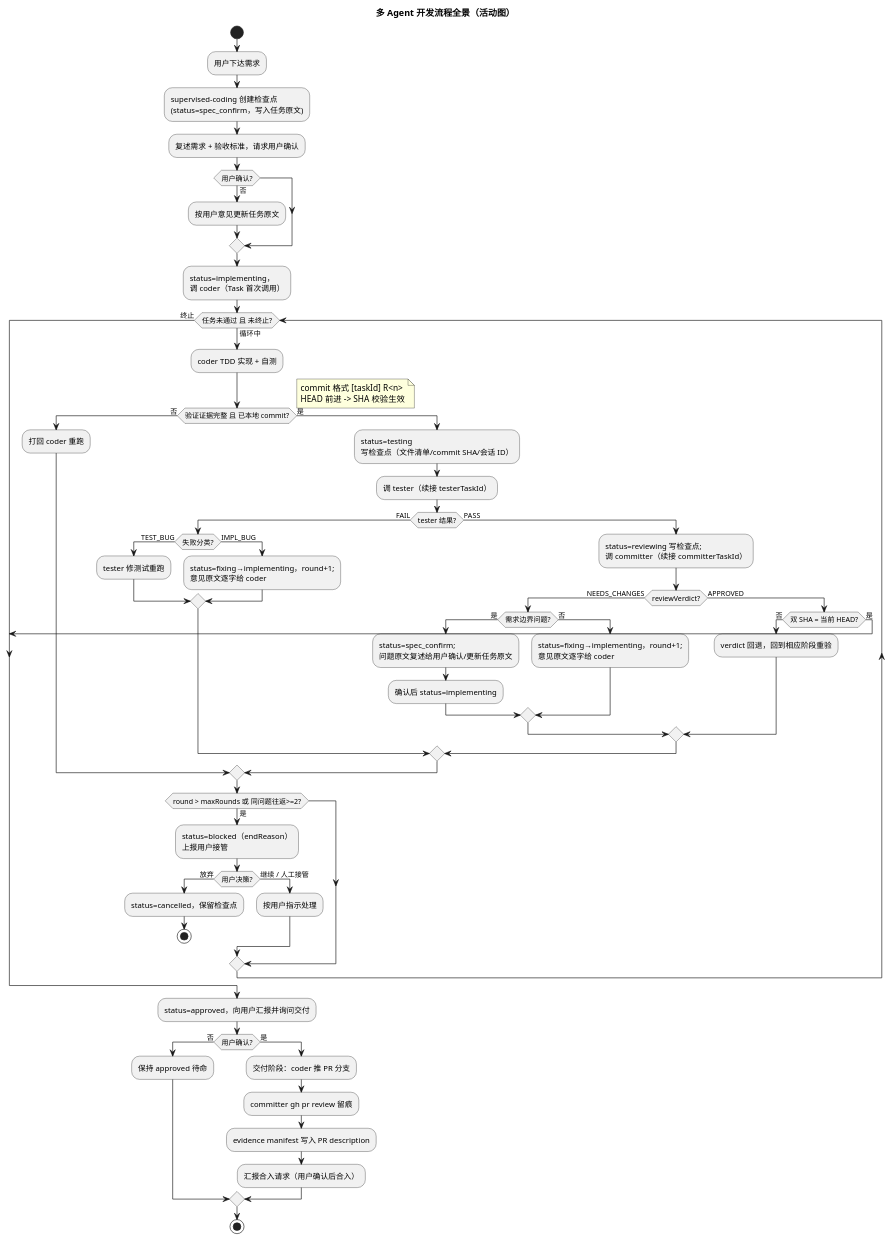
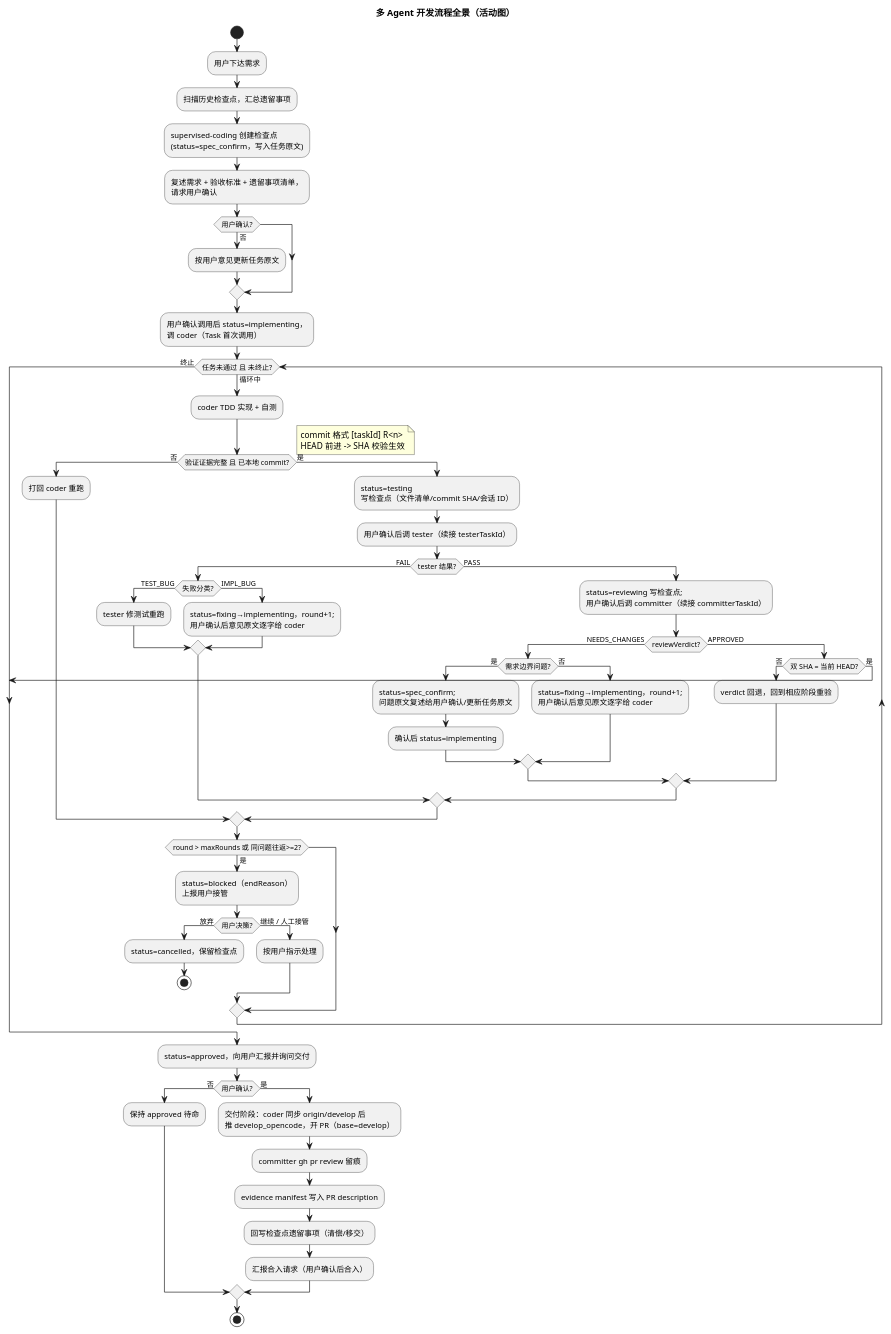
One commit to yq3/lab changed the first of 2 diagrams in .opencode/README.md. Above: the diagram before and after it, drawn with PlantUML. The commit also changed other lines of this file and 3 other files, not shown here.

Commit message:
docs(opencode): 工作流四轮修订——subagent 调用前确认、新任务遗留事项清偿、develop_opencode 分支策略与提交前同步（D28-D30）

````diff
--- a/.opencode/README.md
+++ b/.opencode/README.md
@@ -131,69 +137,71 @@
 ```puml
 title 多 Agent 开发流程全景（活动图）
 
 start
 :用户下达需求;
+:扫描历史检查点，汇总遗留事项;
 :supervised-coding 创建检查点\n(status=spec_confirm，写入任务原文);
-:复述需求 + 验收标准，请求用户确认;
+:复述需求 + 验收标准 + 遗留事项清单，\n请求用户确认;
 if (用户确认?) then (否)
   :按用户意见更新任务原文;
 endif
-:status=implementing，\n调 coder（Task 首次调用）;
+:用户确认调用后 status=implementing，\n调 coder（Task 首次调用）;
 
 while (任务未通过 且 未终止?) is (循环中)
   :coder TDD 实现 + 自测;
   if (验证证据完整 且 已本地 commit?) then (否)
     :打回 coder 重跑;
   else (是)
     note right
       commit 格式 [taskId] R<n>
       HEAD 前进 -> SHA 校验生效
     end note
     :status=testing\n写检查点（文件清单/commit SHA/会话 ID）;
-    :调 tester（续接 testerTaskId）;
+    :用户确认后调 tester（续接 testerTaskId）;
     if (tester 结果?) then (FAIL)
       if (失败分类?) then (TEST_BUG)
         :tester 修测试重跑;
       else (IMPL_BUG)
-        :status=fixing→implementing，round+1;\n意见原文逐字给 coder;
+        :status=fixing→implementing，round+1;\n用户确认后意见原文逐字给 coder;
       endif
     else (PASS)
-      :status=reviewing 写检查点;\n调 committer（续接 committerTaskId）;
+      :status=reviewing 写检查点;\n用户确认后调 committer（续接 committerTaskId）;
       if (reviewVerdict?) then (NEEDS_CHANGES)
         if (需求边界问题?) then (是)
           :status=spec_confirm;\n问题原文复述给用户确认/更新任务原文;
           :确认后 status=implementing;
         else (否)
-          :status=fixing→implementing，round+1;\n意见原文逐字给 coder;
+          :status=fixing→implementing，round+1;\n用户确认后意见原文逐字给 coder;
         endif
       else (APPROVED)
         if (双 SHA = 当前 HEAD?) then (否)
           :verdict 回退，回到相应阶段重验;
         else (是)
           break
         endif
       endif
     endif
   endif
   if (round > maxRounds 或 同问题往返>=2?) then (是)
     :status=blocked（endReason）\n上报用户接管;
     if (用户决策?) then (放弃)
       :status=cancelled，保留检查点;
       stop
     else (继续 / 人工接管)
       :按用户指示处理;
     endif
   endif
 endwhile (终止)
 
 :status=approved，向用户汇报并询问交付;
 if (用户确认?) then (否)
   :保持 approved 待命;
 else (是)
-  :交付阶段：coder 推 PR 分支;
+  :交付阶段：coder 同步 origin/develop 后\n推 develop_opencode，开 PR（base=develop）;
   :committer gh pr review 留痕;
   :evidence manifest 写入 PR description;
+  :回写检查点遗留事项（清偿/移交）;
   :汇报合入请求（用户确认后合入）;
 endif
 stop
 ```
````
